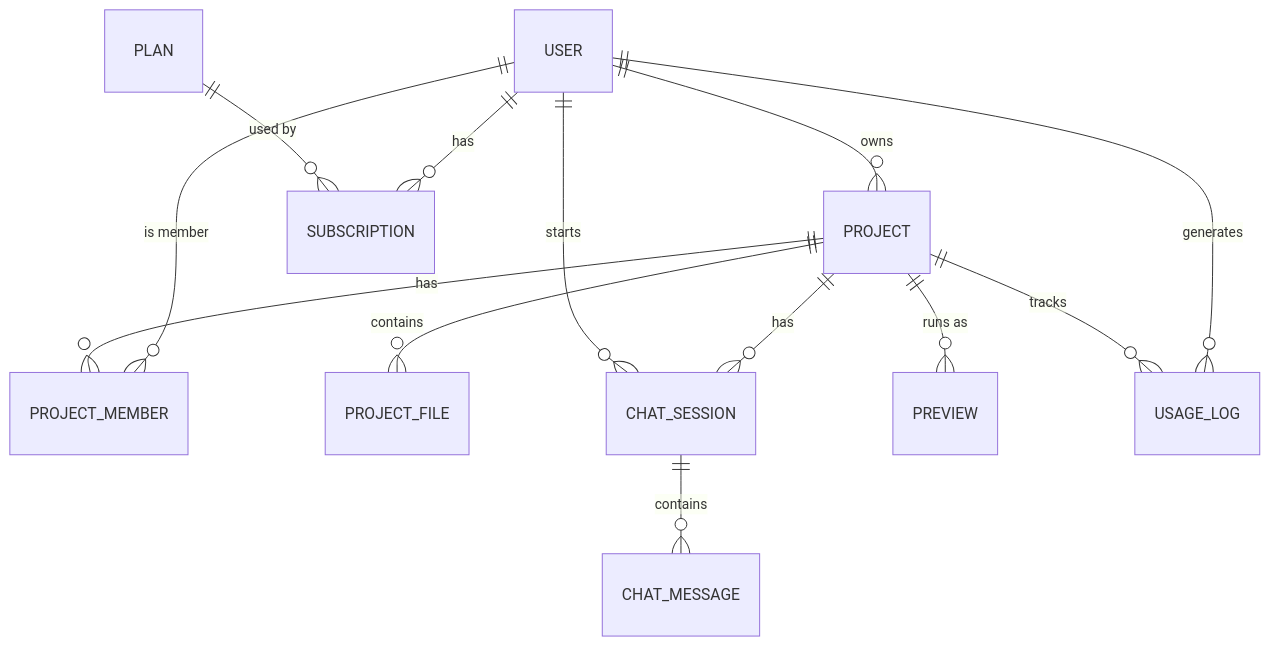
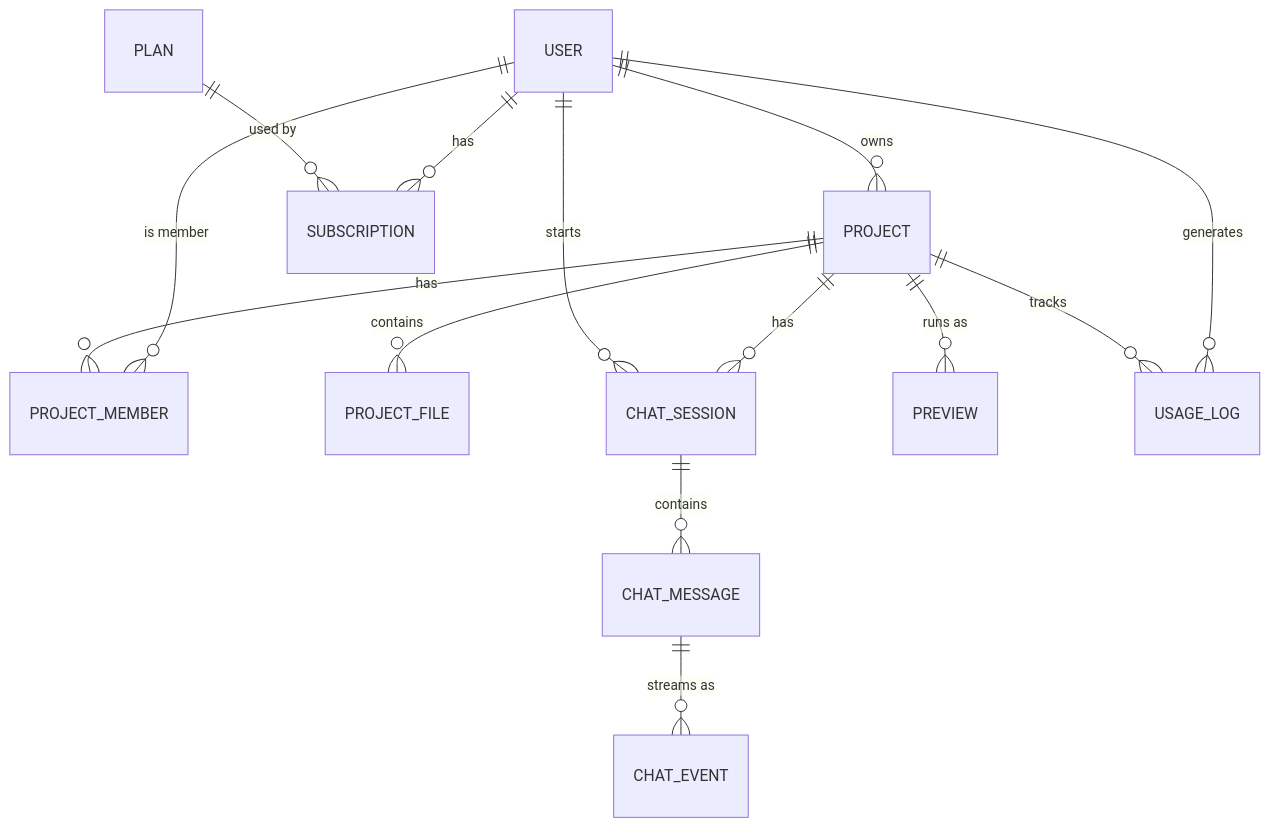
The second of 2 diagrams in README.md (Monji-Kumar/Loveable), drawn with Mermaid before and after one commit. The commit also changed other lines of this file, not shown here.

````diff
--- a/README.md
+++ b/README.md
@@ -58,15 +176,16 @@
 ```mermaid
 erDiagram
     USER ||--o{ PROJECT : owns
     USER ||--o{ PROJECT_MEMBER : "is member"
     PROJECT ||--o{ PROJECT_MEMBER : has
     PROJECT ||--o{ PROJECT_FILE : contains
     PROJECT ||--o{ CHAT_SESSION : has
     USER ||--o{ CHAT_SESSION : starts
     CHAT_SESSION ||--o{ CHAT_MESSAGE : contains
+    CHAT_MESSAGE ||--o{ CHAT_EVENT : "streams as"
     PROJECT ||--o{ PREVIEW : "runs as"
     USER ||--o{ SUBSCRIPTION : has
     PLAN ||--o{ SUBSCRIPTION : "used by"
     USER ||--o{ USAGE_LOG : generates
     PROJECT ||--o{ USAGE_LOG : tracks
 ```
````
